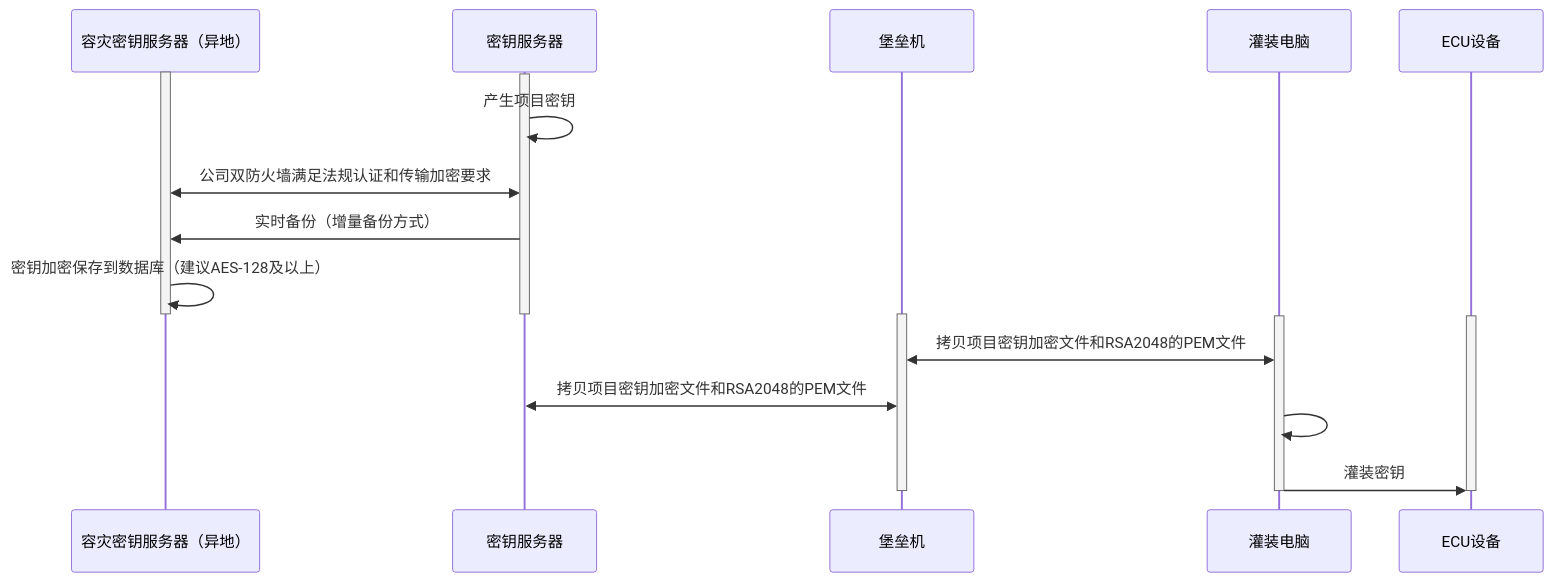
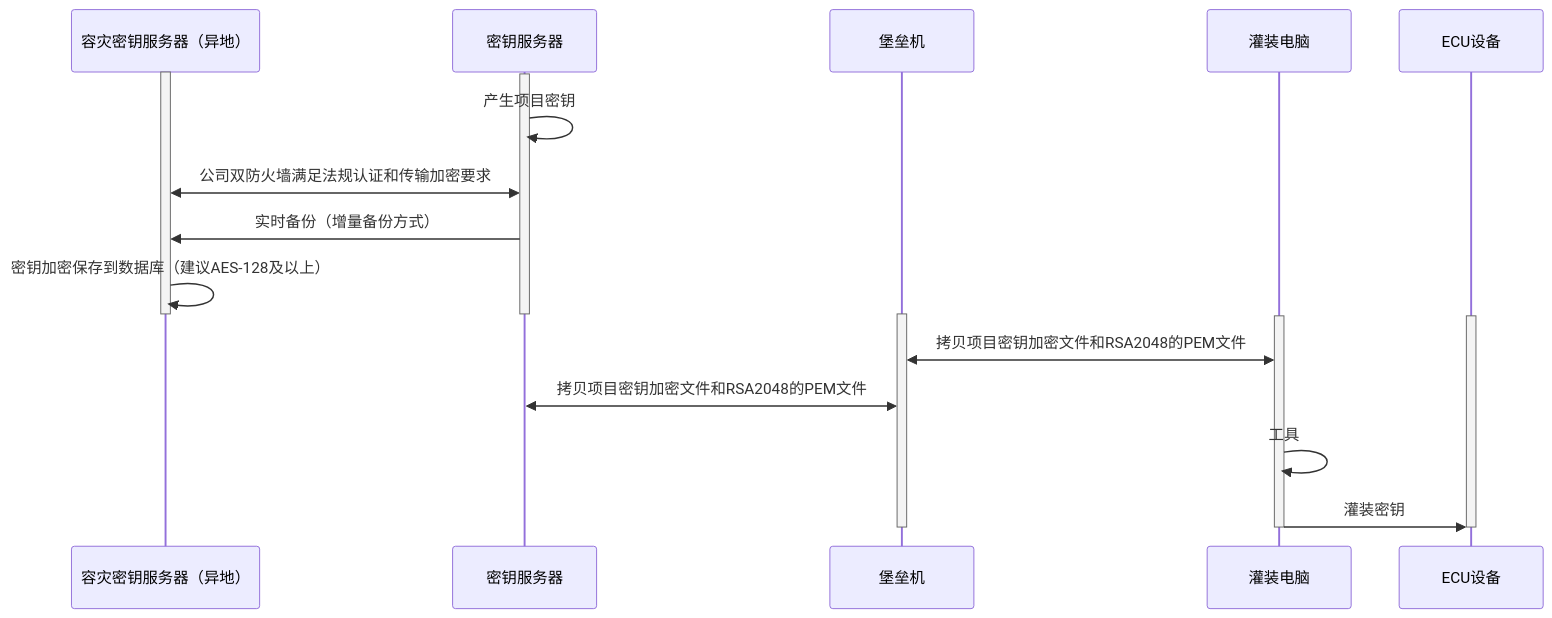
The diagram in all/未命名-15.md (facebook-cloud/iodraw-files), drawn with Mermaid before and after one commit.

Commit message:
2026-02-07 10:16:59 update

````diff
--- a/all/未命名-15.md
+++ b/all/未命名-15.md
@@ -1,30 +1,30 @@
 ```mermaid
 sequenceDiagram
     participant A as 容灾密钥服务器（异地）
     participant B as 密钥服务器
     participant C as 堡垒机
     participant D as 灌装电脑
     participant E as ECU设备
 
     activate A
     activate B
     B->>B: 产生项目密钥
     A<<->>B: 公司双防火墙满足法规认证和传输加密要求
     B->>A: 实时备份（增量备份方式）
     A->>A: 密钥加密保存到数据库（建议AES-128及以上）
     deactivate B
     deactivate A
 
     activate C
     activate D
     activate E
 
     D<<->>C: 拷贝项目密钥加密文件和RSA2048的PEM文件
     C<<->>B: 拷贝项目密钥加密文件和RSA2048的PEM文件
-    D->>D:
+    D->>D:工具
     D->>E: 灌装密钥
     deactivate C
     deactivate D
     deactivate E
 
 ```
````
